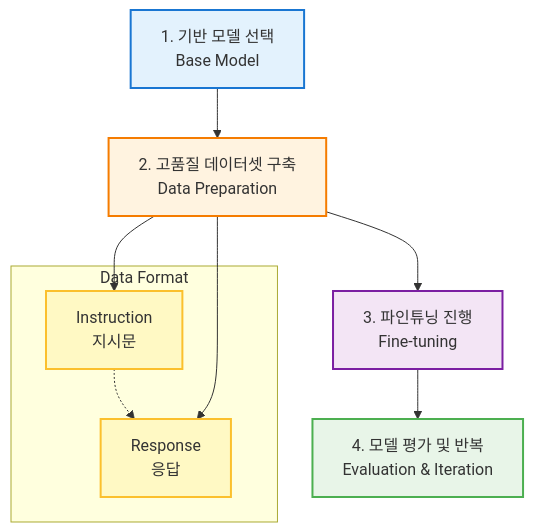
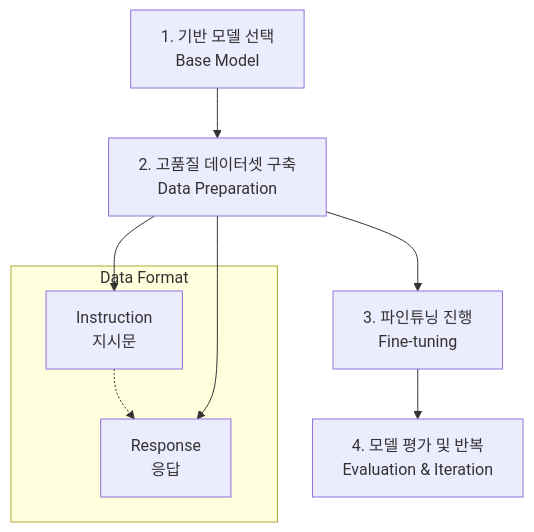
Before and after one commit to harimkang/ai-engineer-guide: the diagram in docs/4-대규모-언어-모델-llm/4-3-파인튜닝-and-정렬/supervised-fine-tuning.md, drawn with Mermaid. The commit also changed 45 other files, not shown here.

````diff
--- a/docs/4-대규모-언어-모델-llm/4-3-파인튜닝-and-정렬/supervised-fine-tuning.md
+++ b/docs/4-대규모-언어-모델-llm/4-3-파인튜닝-and-정렬/supervised-fine-tuning.md
@@ -26,22 +26,15 @@
 ```mermaid
 graph TD
     A[1. 기반 모델 선택<br/>Base Model] --> B[2. 고품질 데이터셋 구축<br/>Data Preparation]
     B --> C[3. 파인튜닝 진행<br/>Fine-tuning]
     C --> D[4. 모델 평가 및 반복<br/>Evaluation & Iteration]
 
     subgraph "Data Format"
         Instruction[Instruction<br/>지시문] 
         Response[Response<br/>응답]
         Instruction -.-> Response
     end
 
     B --> Instruction
     B --> Response
-
-    style A fill:#e3f2fd,stroke:#1976d2,stroke-width:2px
-    style B fill:#fff3e0,stroke:#f57c00,stroke-width:2px
-    style C fill:#f3e5f5,stroke:#7b1fa2,stroke-width:2px
-    style D fill:#e8f5e8,stroke:#4caf50,stroke-width:2px
-    style Instruction fill:#fff9c4,stroke:#fbc02d,stroke-width:2px
-    style Response fill:#fff9c4,stroke:#fbc02d,stroke-width:2px
 ```
````
